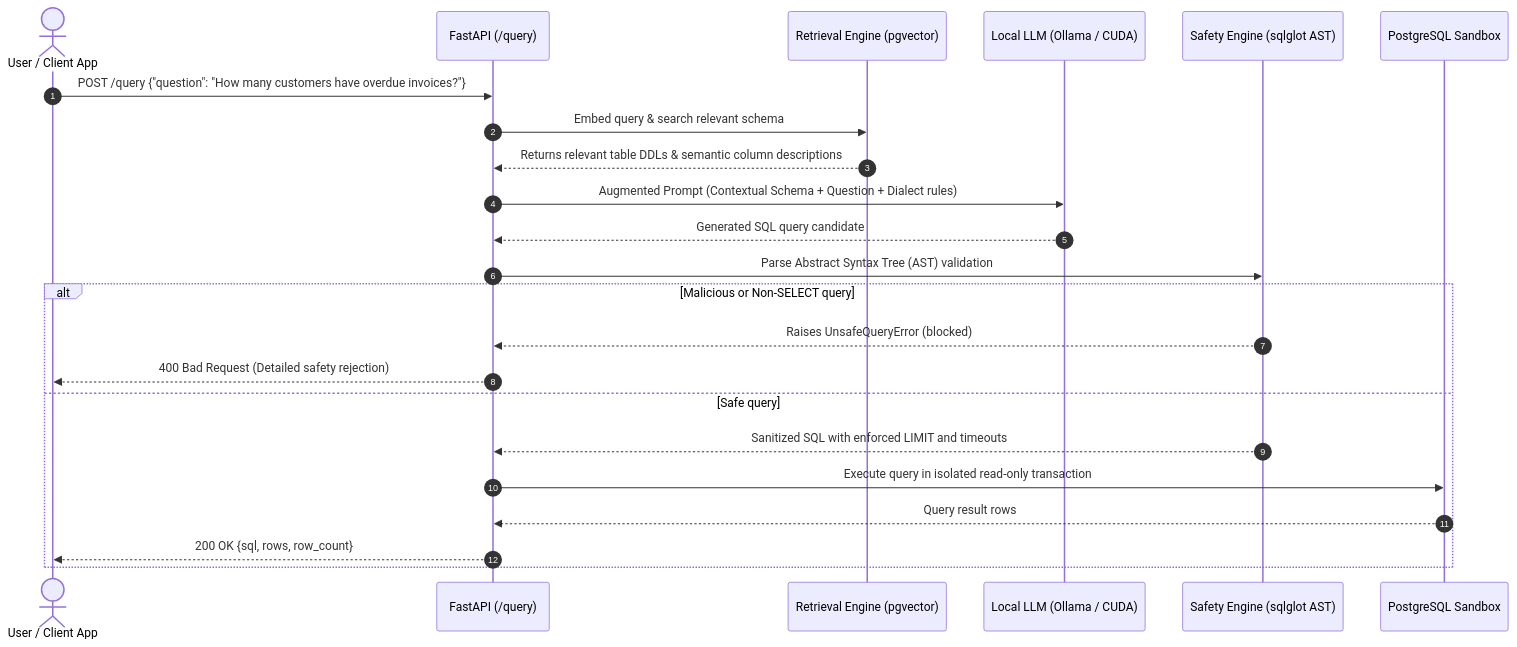
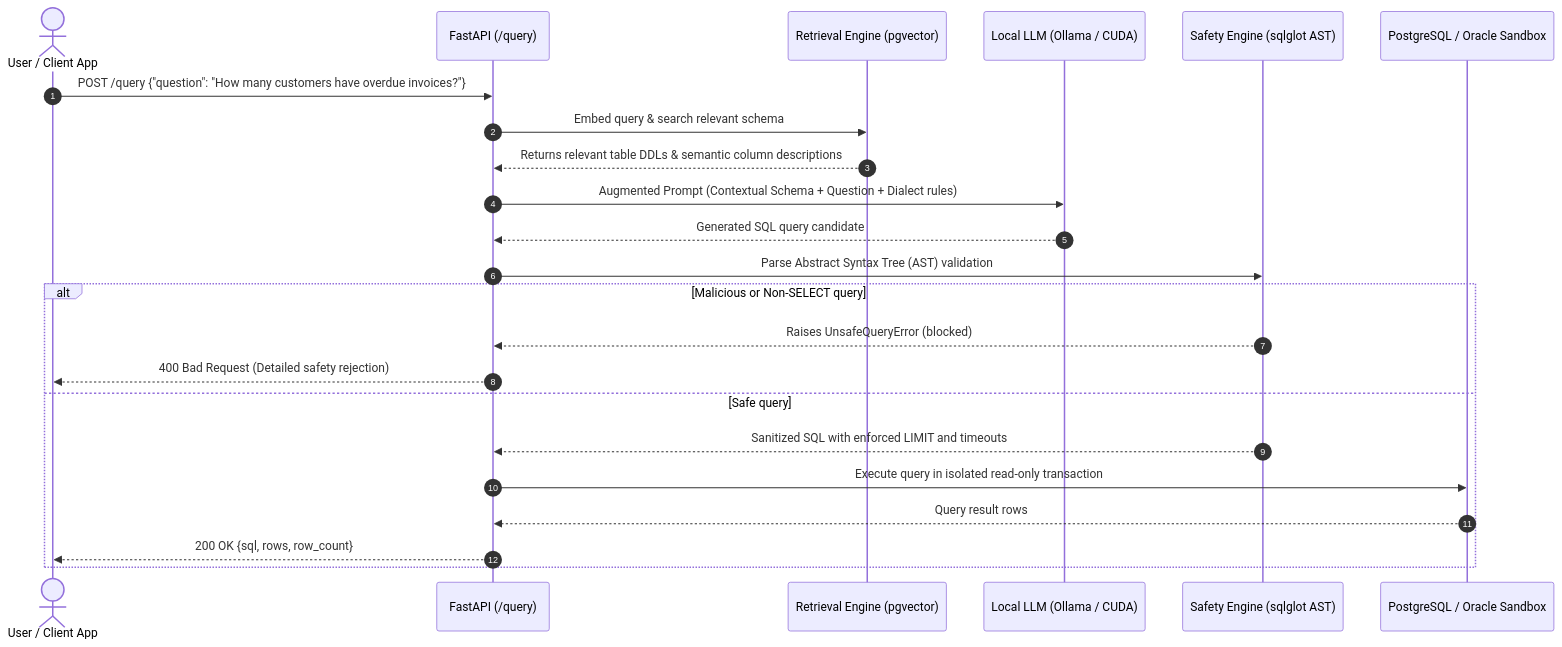
One commit to andresaragon/text-to-sql-rag changed the second of 2 diagrams in README.md. Above: the diagram before and after it, drawn with Mermaid. The commit also changed other lines of this file and 1 other file, not shown here.

First line of the commit message:
docs: enrich Hero section with interactive architecture flowchart and terminal previews (#24)

````diff
--- a/README.md
+++ b/README.md
@@ -20,26 +91,26 @@
 ```mermaid
 sequenceDiagram
     autonumber
     actor Client as User / Client App
     participant API as FastAPI (/query)
     participant RAG as Retrieval Engine (pgvector)
     participant LLM as Local LLM (Ollama / CUDA)
     participant Guard as Safety Engine (sqlglot AST)
-    participant DB as PostgreSQL Sandbox
+    participant DB as PostgreSQL / Oracle Sandbox
 
     Client->>API: POST /query {"question": "How many customers have overdue invoices?"}
     API->>RAG: Embed query & search relevant schema
     RAG-->>API: Returns relevant table DDLs & semantic column descriptions
     API->>LLM: Augmented Prompt (Contextual Schema + Question + Dialect rules)
     LLM-->>API: Generated SQL query candidate
     API->>Guard: Parse Abstract Syntax Tree (AST) validation
     alt Malicious or Non-SELECT query
         Guard-->>API: Raises UnsafeQueryError (blocked)
         API-->>Client: 400 Bad Request (Detailed safety rejection)
     else Safe query
         Guard-->>API: Sanitized SQL with enforced LIMIT and timeouts
         API->>DB: Execute query in isolated read-only transaction
         DB-->>API: Query result rows
         API-->>Client: 200 OK {sql, rows, row_count}
     end
 ```
````
